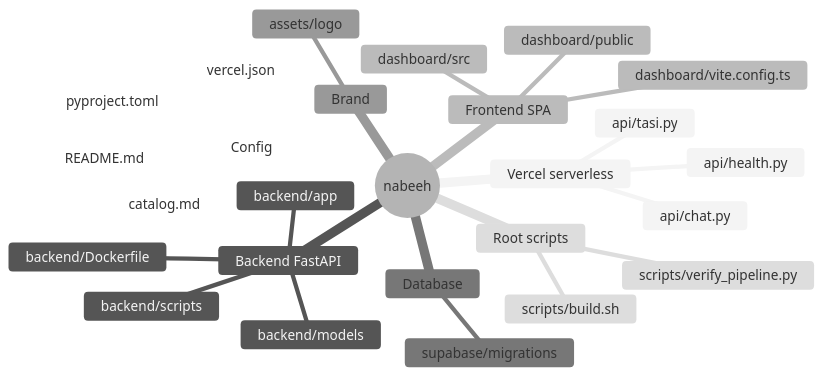
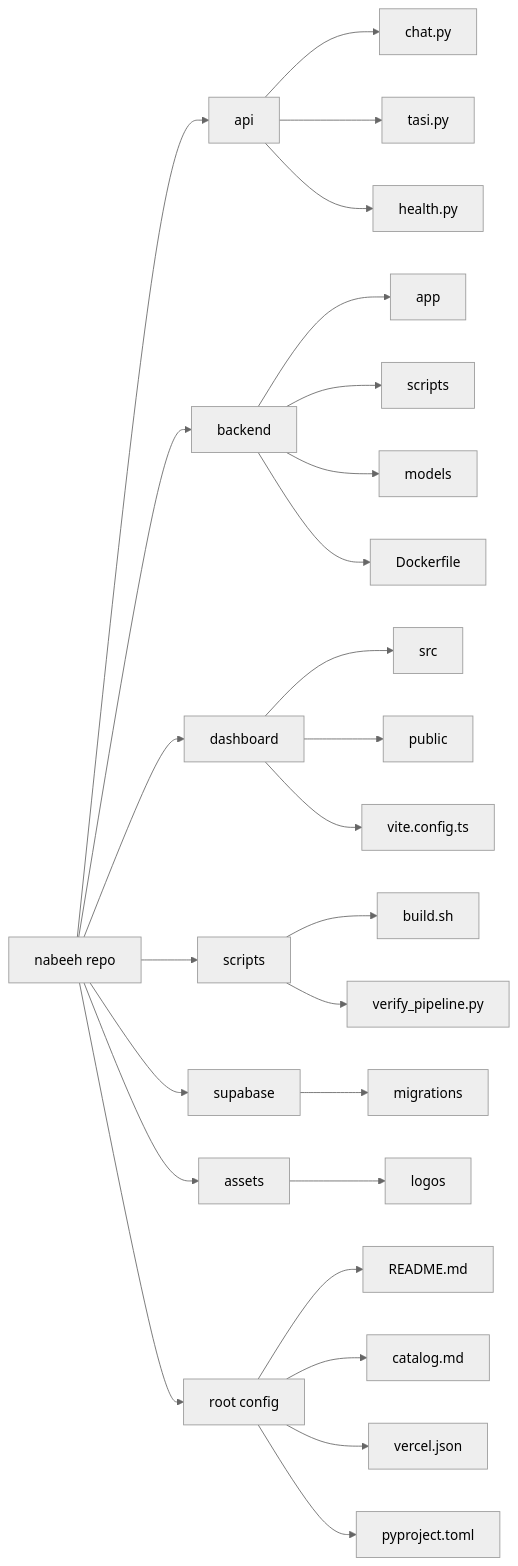
Before and after one commit to Tlvxg/Nabeeh: the first of 11 diagrams in catalog.md, drawn with Mermaid (neutral theme). The commit also changed other lines of this file, not shown here.

First line of the commit message:
Replace broken mindmap and add explanation blocks to every diagram

````diff
--- a/catalog.md
+++ b/catalog.md
@@ -11,29 +11,36 @@
 ```mermaid
-mindmap
-  root((nabeeh))
-    Vercel serverless
-      api/chat.py
-      api/tasi.py
-      api/health.py
-    Backend FastAPI
-      backend/app
-      backend/scripts
-      backend/models
-      backend/Dockerfile
-    Frontend SPA
-      dashboard/src
-      dashboard/public
-      dashboard/vite.config.ts
-    Database
-      supabase/migrations
-    Brand
-      assets/logo
-    Root scripts
-      scripts/build.sh
-      scripts/verify_pipeline.py
-    Config
-      README.md
-      catalog.md
-      vercel.json
-      pyproject.toml
+flowchart LR
+  ROOT[nabeeh repo]
+  ROOT --> A[api]
+  ROOT --> B[backend]
+  ROOT --> D[dashboard]
+  ROOT --> S[scripts]
+  ROOT --> SB[supabase]
+  ROOT --> AS[assets]
+  ROOT --> RC[root config]
+
+  A --> A1[chat.py]
+  A --> A2[tasi.py]
+  A --> A3[health.py]
+
+  B --> B1[app]
+  B --> B2[scripts]
+  B --> B3[models]
+  B --> B4[Dockerfile]
+
+  D --> D1[src]
+  D --> D2[public]
+  D --> D3[vite.config.ts]
+
+  S --> S1[build.sh]
+  S --> S2[verify_pipeline.py]
+
+  SB --> SB1[migrations]
+
+  AS --> AS1[logos]
+
+  RC --> RC1[README.md]
+  RC --> RC2[catalog.md]
+  RC --> RC3[vercel.json]
+  RC --> RC4[pyproject.toml]
 ```
````
